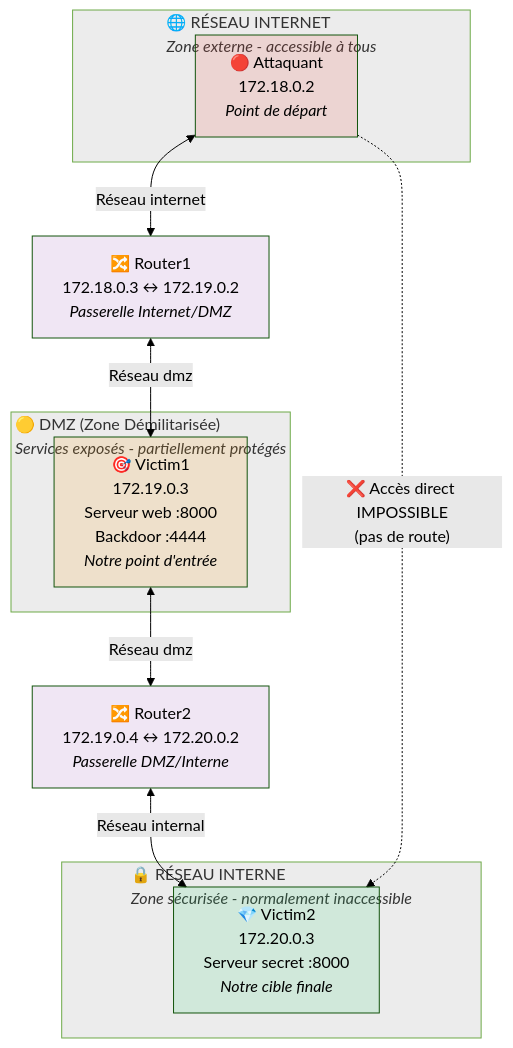
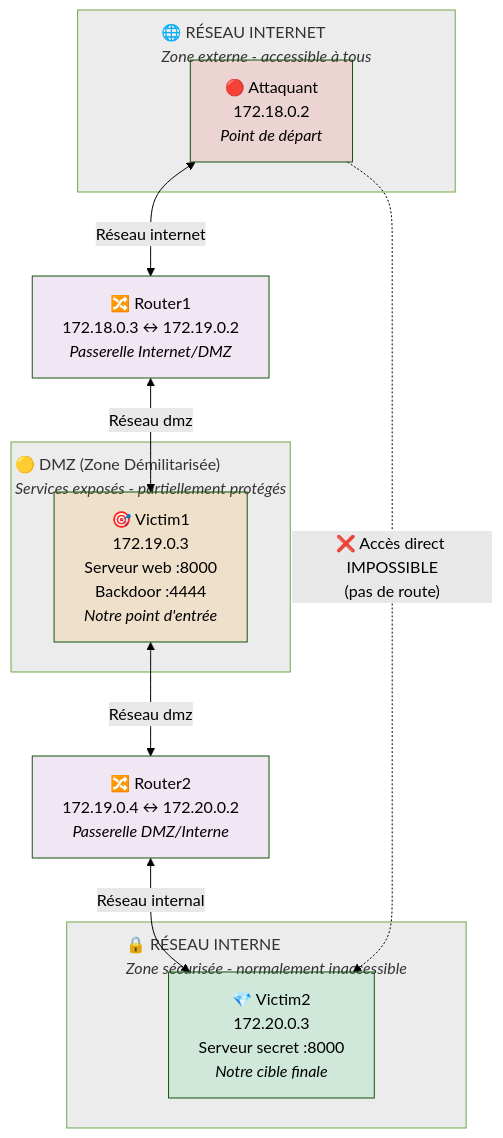
The first of 3 diagrams in repos/Python.Network.Pivot/index.md (venantvr-security/venantvr-security.github.io), drawn with Mermaid (forest theme) before and after one commit.

Commit message:
Ajout espacement Mermaid pour éviter chevauchements

```diff
--- a/repos/Python.Network.Pivot/index.md
+++ b/repos/Python.Network.Pivot/index.md
@@ -56,33 +56,34 @@
 <div class="mermaid">
+%%{init: {'flowchart': {'nodeSpacing': 30, 'rankSpacing': 60, 'subGraphTitleMargin': {'top': 10, 'bottom': 10}}}}%%
 flowchart TB
     subgraph INTERNET["🌐 RÉSEAU INTERNET<br/><i>Zone externe - accessible à tous</i>"]
         ATK["🔴 Attaquant<br/>172.18.0.2<br/><i>Point de départ</i>"]
     end
 
     subgraph DMZ["🟡 DMZ (Zone Démilitarisée)<br/><i>Services exposés - partiellement protégés</i>"]
         V1["🎯 Victim1<br/>172.19.0.3<br/>Serveur web :8000<br/>Backdoor :4444<br/><i>Notre point d'entrée</i>"]
     end
 
     subgraph INTERNAL["🔒 RÉSEAU INTERNE<br/><i>Zone sécurisée - normalement inaccessible</i>"]
         V2["💎 Victim2<br/>172.20.0.3<br/>Serveur secret :8000<br/><i>Notre cible finale</i>"]
     end
 
     R1["🔀 Router1<br/>172.18.0.3 ↔ 172.19.0.2<br/><i>Passerelle Internet/DMZ</i>"]
     R2["🔀 Router2<br/>172.19.0.4 ↔ 172.20.0.2<br/><i>Passerelle DMZ/Interne</i>"]
 
     ATK <-->|"Réseau internet"| R1
     R1 <-->|"Réseau dmz"| V1
     V1 <-->|"Réseau dmz"| R2
     R2 <-->|"Réseau internal"| V2
 
     ATK -.->|"❌ Accès direct IMPOSSIBLE<br/>(pas de route)"| V2
 
     style ATK fill:#e74c3c,fill-opacity:0.15
     style V1 fill:#f39c12,fill-opacity:0.15
     style V2 fill:#2ecc71,fill-opacity:0.15
     style R1 fill:#9b59b6,fill-opacity:0.15
     style R2 fill:#9b59b6,fill-opacity:0.15
     style INTERNET fill:#808080,fill-opacity:0.15
     style DMZ fill:#808080,fill-opacity:0.15
     style INTERNAL fill:#808080,fill-opacity:0.15
 </div>
```
